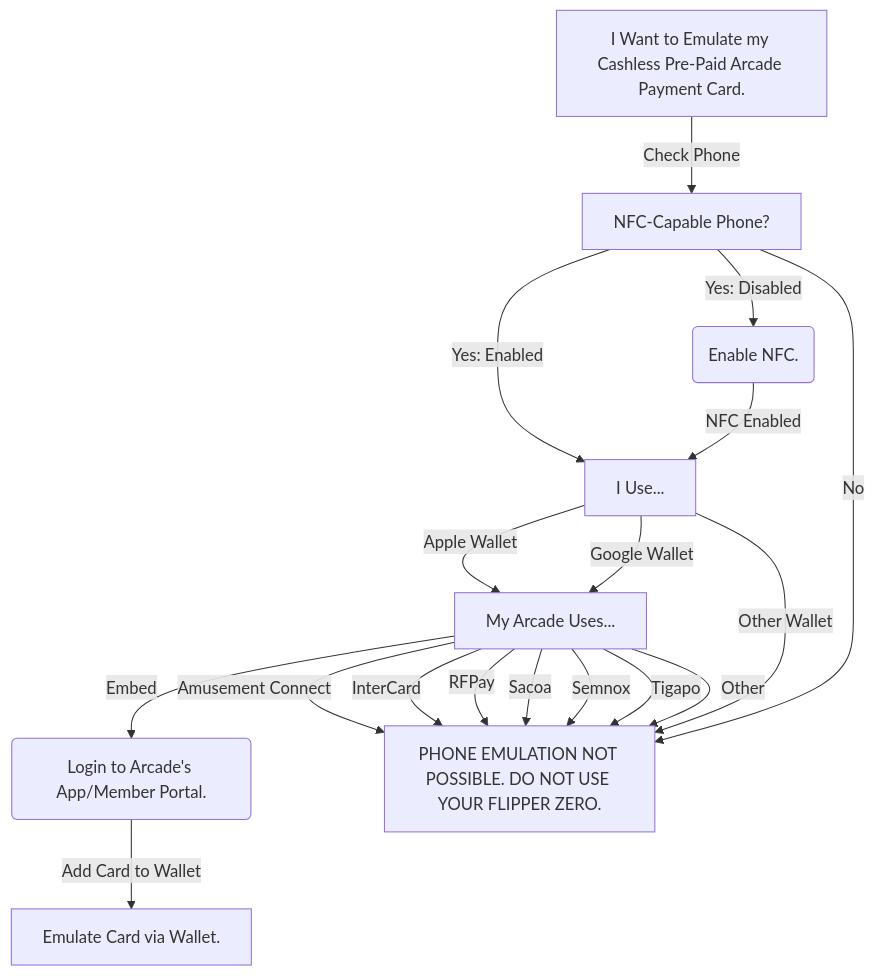
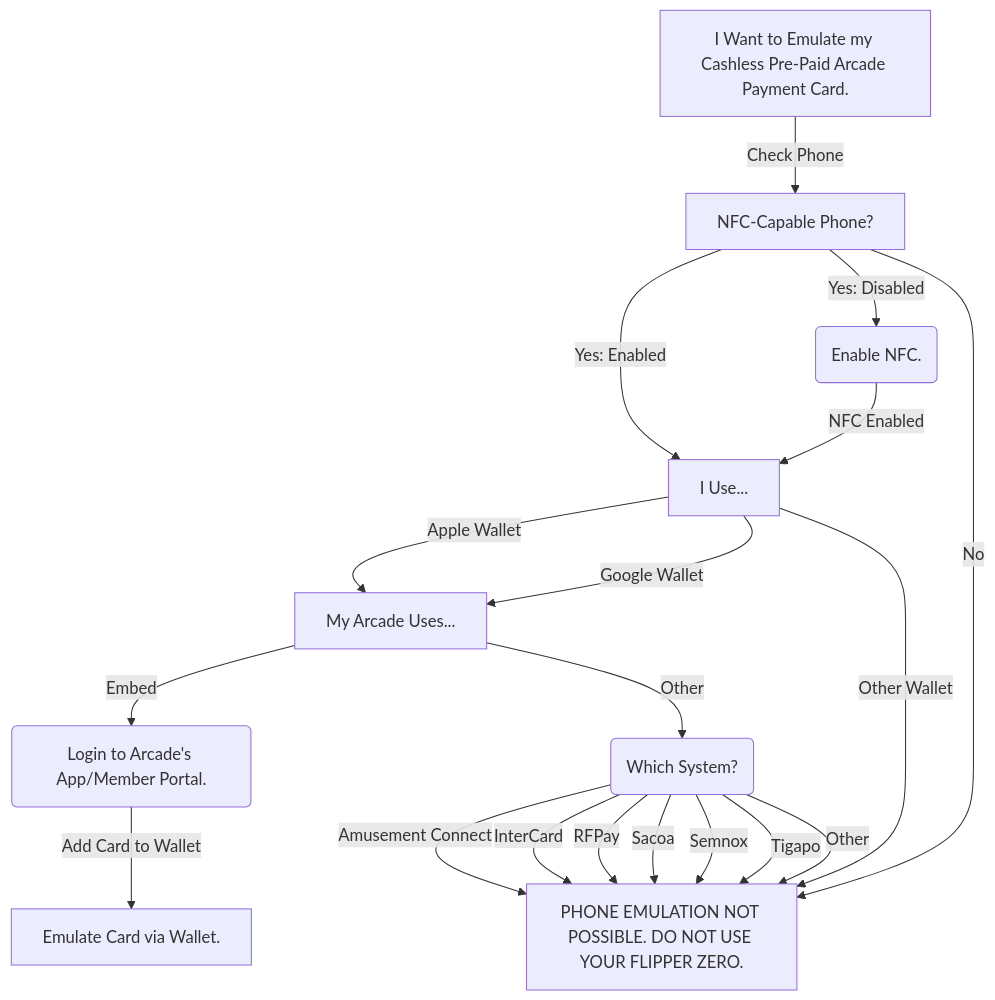
Before and after one commit to Flipper-Community/flipper-community-wiki: the diagram in flip-wiki/docs/arcadecards.md, drawn with Mermaid.

Commit message:
R&Y: Updated mermaid flowchart in arcadecards.md
Edited for clarity.

````diff
--- a/flip-wiki/docs/arcadecards.md
+++ b/flip-wiki/docs/arcadecards.md
@@ -23,20 +23,21 @@
 ``` mermaid
 flowchart TD
     A[I Want to Emulate my Cashless Pre-Paid Arcade Payment Card.] -->|Check Phone| B[NFC-Capable Phone?]
     B -->|Yes: Enabled| C[I Use...]
     B -->|Yes: Disabled| D(Enable NFC.)
     D -->|NFC Enabled| C
     C -->|Apple Wallet| E[My Arcade Uses...]
     C -->|Google Wallet| E
-    E -->|Embed| H(Login to Arcade's App/Member Portal.)
-    H -->|Add Card to Wallet| I[Emulate Card via Wallet.]
-    B -->|No| Z[PHONE EMULATION NOT POSSIBLE. DO NOT USE YOUR FLIPPER ZERO.]
-    C -->|Other Wallet| Z
-    E -->|Amusement Connect| Z
-    E -->|InterCard| Z
-    E -->|RFPay| Z
-    E -->|Sacoa| Z
-    E -->|Semnox| Z
-    E -->|Tigapo| Z
-    E -->|Other| Z
+    E -->|Embed| F(Login to Arcade's App/Member Portal.)
+    F -->|Add Card to Wallet| G[Emulate Card via Wallet.]
+    E -->|Other| H(Which System?)
+    B -->|No| I[PHONE EMULATION NOT POSSIBLE. DO NOT USE YOUR FLIPPER ZERO.]
+    C -->|Other Wallet| I
+    H -->|Amusement Connect| I
+    H -->|InterCard| I
+    H -->|RFPay| I
+    H -->|Sacoa| I
+    H -->|Semnox| I
+    H -->|Tigapo| I
+    H -->|Other| I
 ```
````
